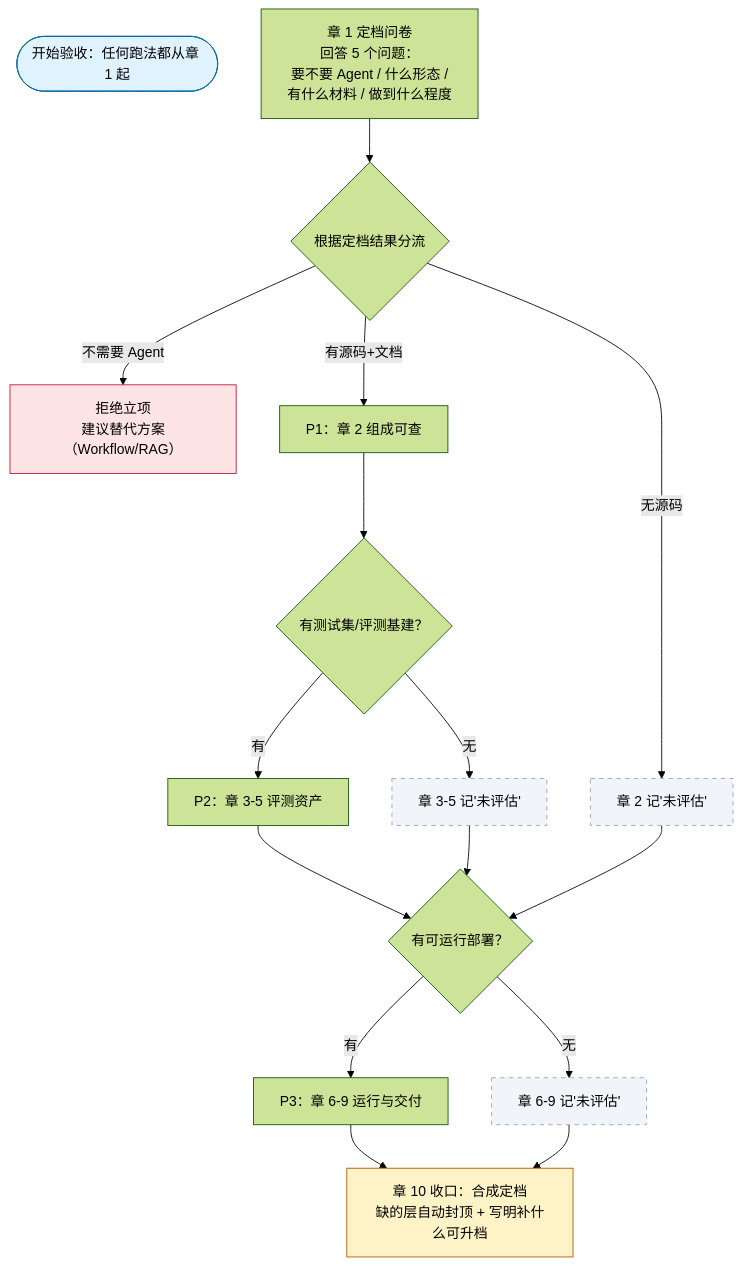
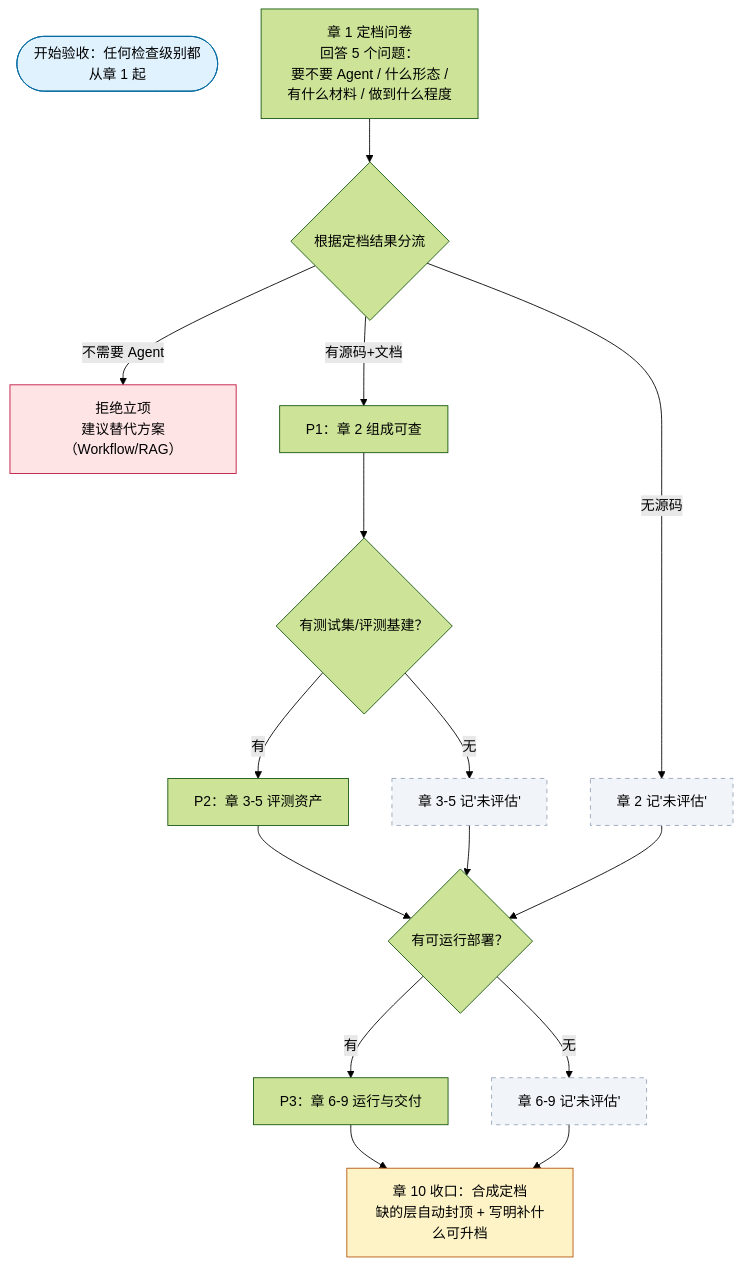
The second of 6 diagrams in docs/01-项目结构与流程图.md (LPK3215/agent-acceptance), drawn with Mermaid (forest theme) before and after one commit. The commit also changed other lines of this file and 26 other files, not shown here.

````diff
--- a/docs/01-项目结构与流程图.md
+++ b/docs/01-项目结构与流程图.md
@@ -32,34 +32,34 @@
 ```mermaid
 flowchart TD
-    START(["开始验收：任何跑法都从章 1 起"]) 
+    START(["开始验收：任何检查级别都从章 1 起"]) 
     CH1["章 1 定档问卷<br/>回答 5 个问题：<br/>要不要 Agent / 什么形态 /<br/>有什么材料 / 做到什么程度"]
     DECIDE{"根据定档结果分流"}
 
     CH1 --> DECIDE
 
     DECIDE -->|"不需要 Agent"| REJECT["拒绝立项<br/>建议替代方案（Workflow/RAG）"]
 
     DECIDE -->|"有源码+文档"| P1["P1：章 2 组成可查"]
     DECIDE -->|"无源码"| SKIP1["章 2 记'未评估'"]
 
     P1 --> DECIDE2{"有测试集/评测基建？"}
     DECIDE2 -->|"有"| P2["P2：章 3-5 评测资产"]
     DECIDE2 -->|"无"| SKIP2["章 3-5 记'未评估'"]
 
     P2 --> DECIDE3{"有可运行部署？"}
     DECIDE3 -->|"有"| P3["P3：章 6-9 运行与交付"]
     DECIDE3 -->|"无"| SKIP3["章 6-9 记'未评估'"]
 
     SKIP1 --> DECIDE3
     SKIP2 --> DECIDE3
 
     P3 --> FINAL["章 10 收口：合成定档<br/>缺的层自动封顶 + 写明补什么可升档"]
     SKIP3 --> FINAL
 
     style START fill:#e0f2fe,stroke:#0369a1
     style REJECT fill:#ffe4e6,stroke:#be123c
     style FINAL fill:#fef3c7,stroke:#b45309
     style SKIP1 fill:#f1f5f9,stroke:#94a3b8,stroke-dasharray: 5 5
     style SKIP2 fill:#f1f5f9,stroke:#94a3b8,stroke-dasharray: 5 5
     style SKIP3 fill:#f1f5f9,stroke:#94a3b8,stroke-dasharray: 5 5
 ```
````
